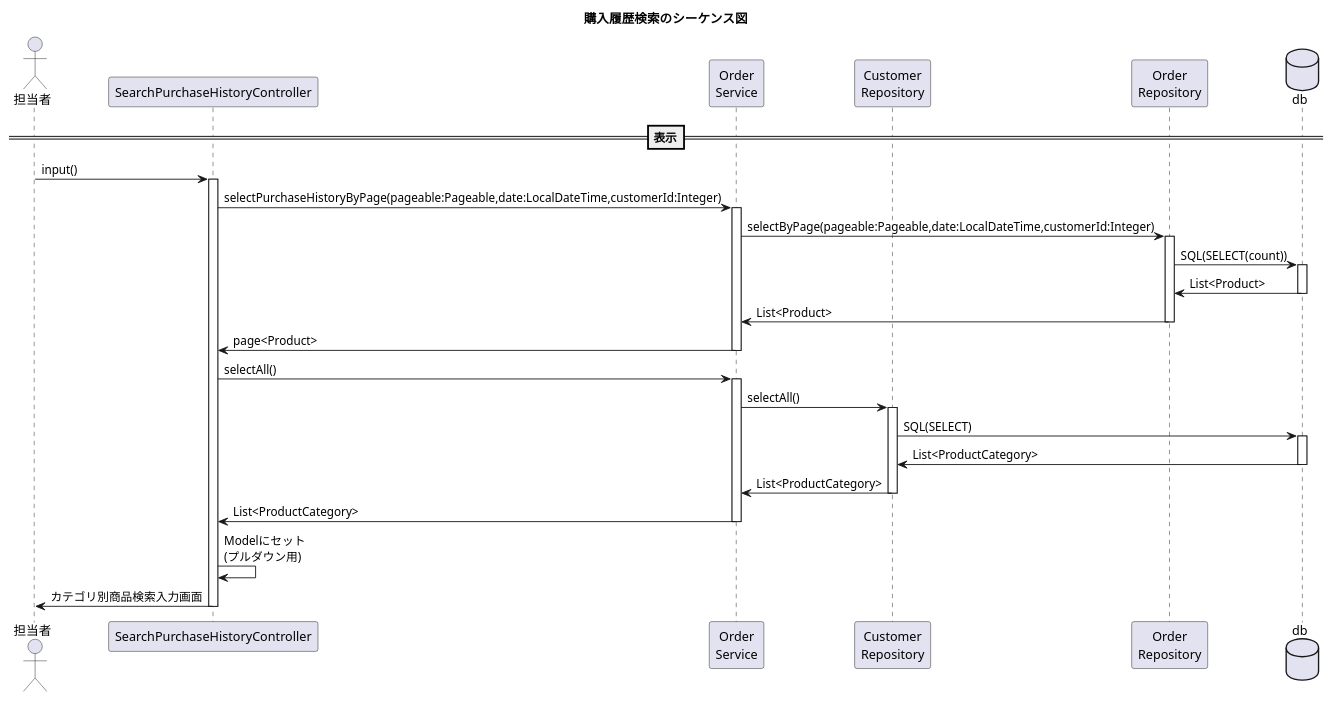
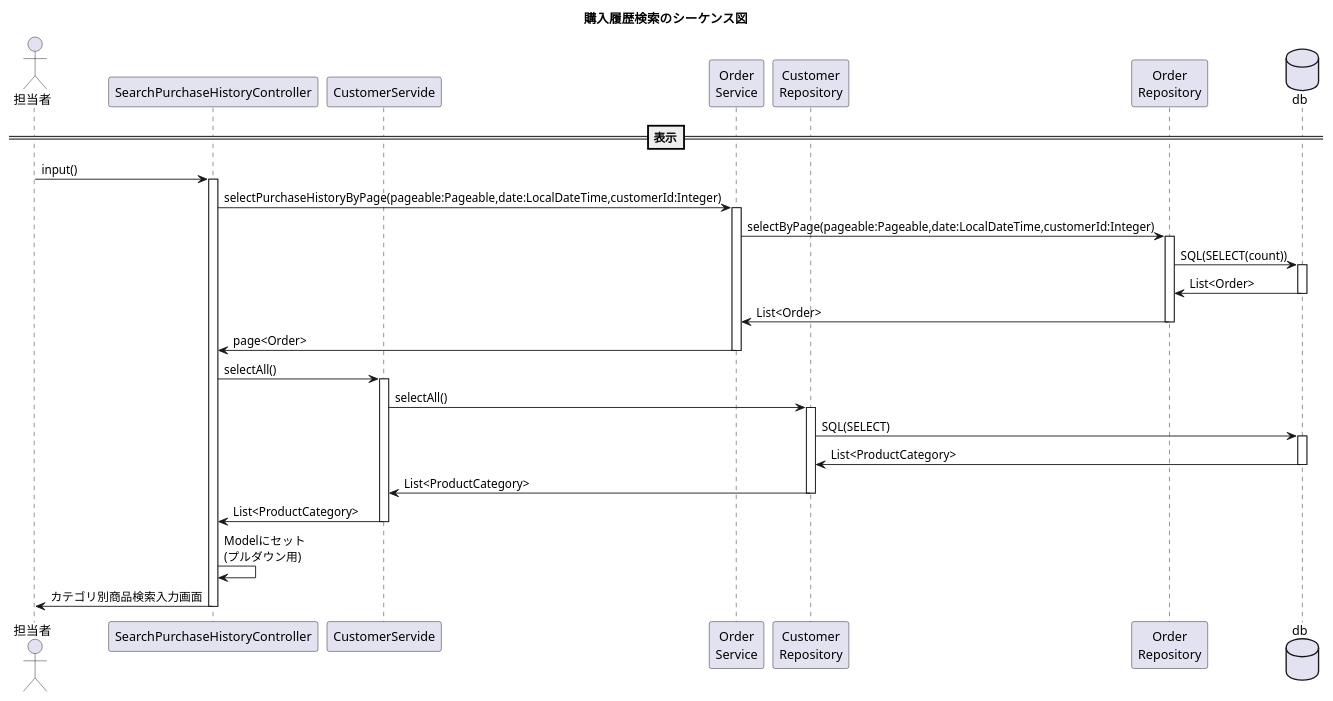
Before and after one commit to kanavii3333/ec-b: the diagram in plan/uml/sequence/2/uc015.plantuml, drawn with PlantUML. The commit also changed 12 other files, not shown here.

Commit message:
次工程クラス図等

```diff
--- a/plan/uml/sequence/2/uc015.plantuml
+++ b/plan/uml/sequence/2/uc015.plantuml
@@ -1,30 +1,31 @@
 @startuml
 
 title 購入履歴検索のシーケンス図
 actor "担当者" as user
 participant "SearchPurchaseHistoryController" as controller
-participant "Order\nService" as service
+participant "CustomerServide" as service1
+participant "Order\nService" as service2
 participant "Customer\nRepository" as repository1
 participant "Order\nRepository" as repository2
 database "db" as db
 ==表示==
 user -> controller++:input()
-controller -> service++:selectPurchaseHistoryByPage(pageable:Pageable,date:LocalDateTime,customerId:Integer)
-service -> repository2++:selectByPage(pageable:Pageable,date:LocalDateTime,customerId:Integer)
+controller -> service2++:selectPurchaseHistoryByPage(pageable:Pageable,date:LocalDateTime,customerId:Integer)
+service2 -> repository2++:selectByPage(pageable:Pageable,date:LocalDateTime,customerId:Integer)
 repository2 -> db++:SQL(SELECT(count))
-db -> repository2--:List<Product>
-repository2 -> service--:List<Product>
-service -> controller--:page<Product>
+db -> repository2--:List<Order>
+repository2 -> service2--:List<Order>
+service2 -> controller--:page<Order>
 
-controller -> service++:selectAll()
-service -> repository1++:selectAll()
+controller -> service1++:selectAll()
+service1 -> repository1++:selectAll()
 repository1 -> db++:SQL(SELECT)
 db -> repository1--:List<ProductCategory>
-repository1 -> service--:List<ProductCategory>
-service -> controller--:List<ProductCategory>
+repository1 -> service1--:List<ProductCategory>
+service1 -> controller--:List<ProductCategory>
 controller -> controller:Modelにセット\n(プルダウン用)
 controller -> user--:カテゴリ別商品検索入力画面
 
 
 
 @enduml
```
